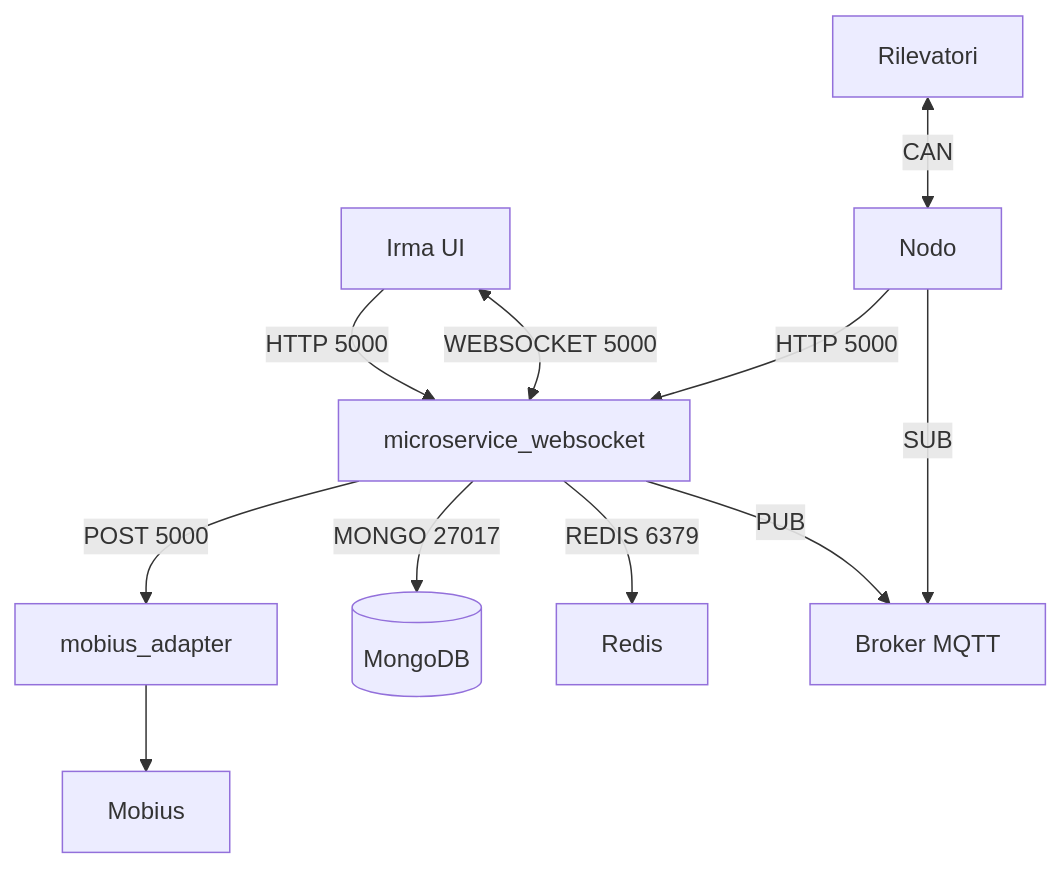
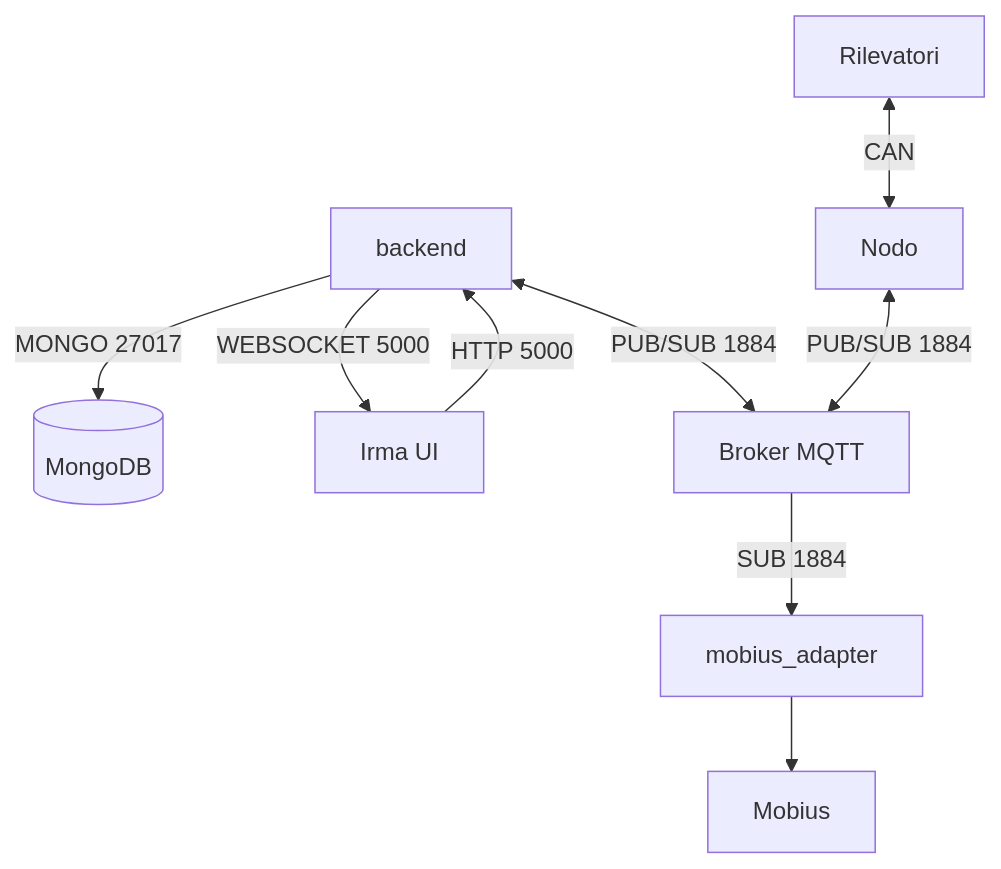
The diagram in graphs/project_structure.mmd (monemasrl/irma), drawn with Mermaid before and after one commit. The commit also changed 8 other files, not shown here.

```diff
--- a/graphs/project_structure.mmd
+++ b/graphs/project_structure.mmd
@@ -1,24 +1,21 @@
 flowchart TD;
 
-msw[microservice_websocket]
+mongo[(MongoDB)]
+b[backend]
 mobius[Mobius]
 ma[mobius_adapter]
 irma-ui[Irma UI]
 mqtt[Broker MQTT]
-redis[Redis]
-mongo[(MongoDB)]
 
 nodo[Nodo]
 rilevatori[Rilevatori]
 
-msw -- POST 5000 --> ma
+b -- MONGO 27017 --> mongo
 ma --> mobius
-msw -- MONGO 27017 --> mongo
-irma-ui -- HTTP 5000 --> msw
-nodo -- HTTP 5000 --> msw
-irma-ui <-- WEBSOCKET 5000 --> msw
+irma-ui -- HTTP 5000 --> b
+b -- WEBSOCKET 5000 --> irma-ui
 rilevatori <-- CAN --> nodo
-msw -- REDIS 6379 --> redis
 
-msw -- PUB --> mqtt
-nodo -- SUB --> mqtt
+b <-- PUB/SUB 1884 --> mqtt
+nodo <-- PUB/SUB 1884 --> mqtt
+mqtt -- SUB 1884 --> ma
```
